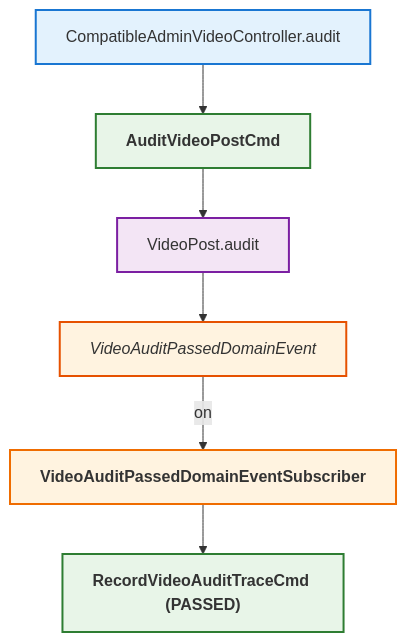
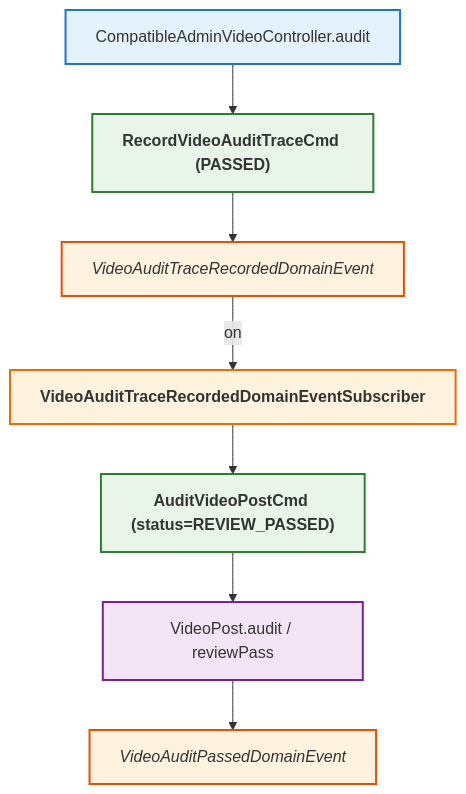
The diagram in iterate/video-audit-trace/VideoPost_audit_pass_trace.mmd (LDmoxeii/only-danmuku), drawn with Mermaid before and after one commit. The commit also changed 16 other files, not shown here.

First line of the commit message:
feat(video-audit): 重构视频审核追溯逻辑

```diff
--- a/iterate/video-audit-trace/VideoPost_audit_pass_trace.mmd
+++ b/iterate/video-audit-trace/VideoPost_audit_pass_trace.mmd
@@ -1,34 +1,36 @@
 flowchart TB
 
-    %% 命令入口
+    %% 命令入口：先落审核记录
     C0["CompatibleAdminVideoController.audit"]
     class C0 controllermethod;
 
-    %% 审核命令
-    CMD["AuditVideoPostCmd"]
-    class CMD command;
-    A1["VideoPost.audit"]
-    class A1 entitymethod;
-    E1["VideoAuditPassedDomainEvent"]
+    CMD1["RecordVideoAuditTraceCmd (PASSED)"]
+    class CMD1 command;
+    E1["VideoAuditTraceRecordedDomainEvent"]
     class E1 domainevent;
 
-    %% 审核追溯记录
-    S1["VideoAuditPassedDomainEventSubscriber"]
+    %% 订阅事件后驱动稿件状态变更
+    S1["VideoAuditTraceRecordedDomainEventSubscriber"]
     class S1 domaineventhandler;
-    CMD2["RecordVideoAuditTraceCmd (PASSED)"]
+    CMD2["AuditVideoPostCmd (status=REVIEW_PASSED)"]
     class CMD2 command;
+    A1["VideoPost.audit / reviewPass"]
+    class A1 entitymethod;
+    E2["VideoAuditPassedDomainEvent"]
+    class E2 domainevent;
 
     %% Relationships
-    C0 --> CMD
-    CMD --> A1
-    A1 --> E1
+    C0 --> CMD1
+    CMD1 --> E1
     E1 -->|on| S1
     S1 --> CMD2
+    CMD2 --> A1
+    A1 --> E2
 
     %% Styles
     classDef controller fill:#e3f2fd,stroke:#1565c0,stroke-width:2px,font-weight:bold;
     classDef controllermethod fill:#e3f2fd,stroke:#1976d2,stroke-width:2px;
     classDef command fill:#e8f5e8,stroke:#2e7d32,stroke-width:2px,font-weight:bold;
     classDef entitymethod fill:#f3e5f5,stroke:#7b1fa2,stroke-width:2px;
     classDef domainevent fill:#fff3e0,stroke:#e65100,stroke-width:2px,font-style:italic;
     classDef domaineventhandler fill:#fff3e0,stroke:#ef6c00,stroke-width:2px,font-weight:bold;
```
